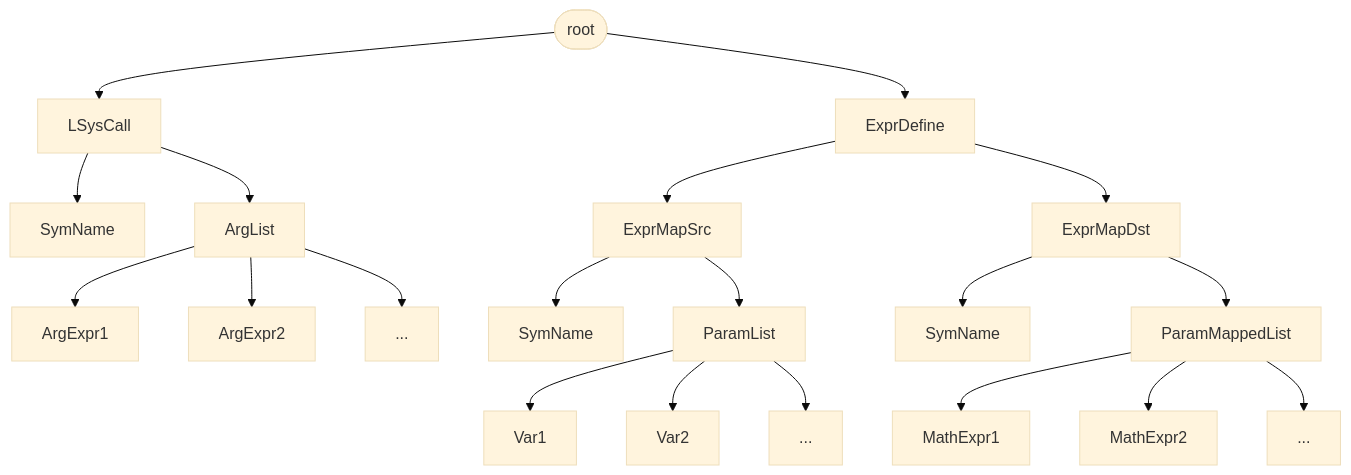
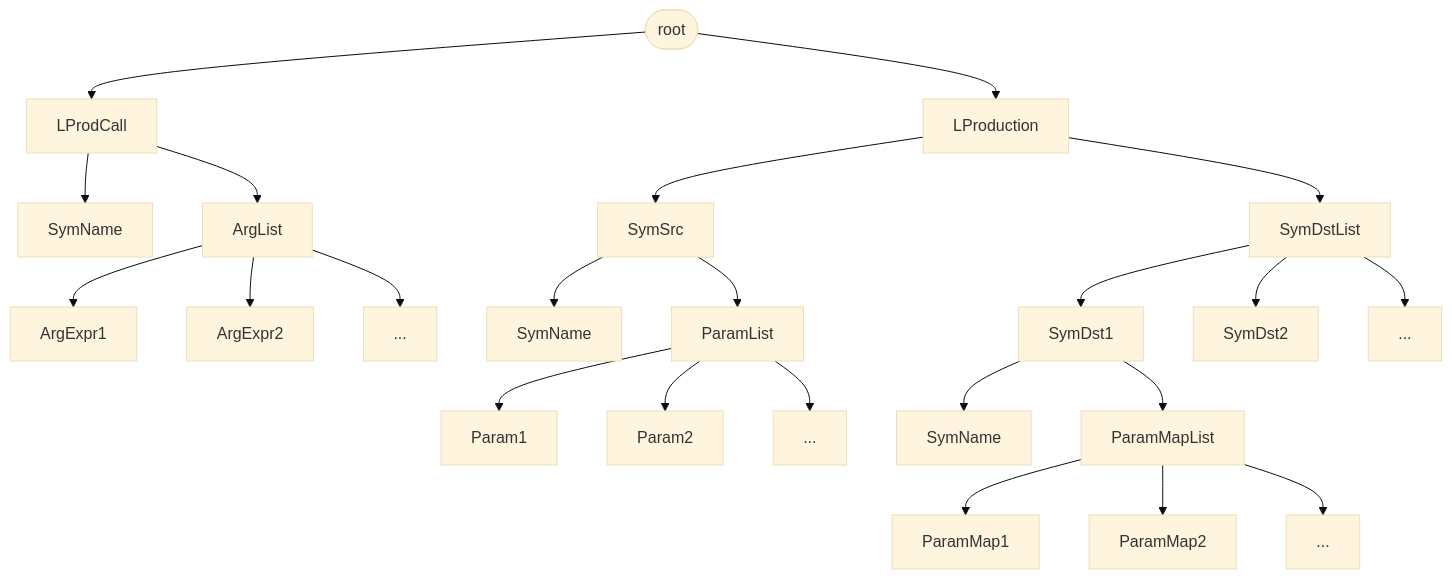
The first of 2 diagrams in Record.md (1309896340/L-System), drawn with Mermaid (base theme) before and after one commit. The commit also changed other lines of this file and 4 other files, not shown here.

````diff
--- a/Record.md
+++ b/Record.md
@@ -221,15 +221,17 @@
 ```mermaid
 graph TB
-T1([root]) --> B2[LSysCall] --> D3[SymName]
+T1([root]) --> B2[LProdCall] --> D3[SymName]
 B2 --> BB[ArgList] --> BB1[ArgExpr1]
 BB --> BB2[ArgExpr2]
 BB --> BB3[...]
-T1 --> A[ExprDefine] --> B[ExprMapSrc] --> D[SymName]
-B --> E[ParamList] --> F1[Var1]
-E --> F2[Var2]
+T1 --> A[LProduction] --> B[SymSrc] --> D[SymName]
+B --> E[ParamList] --> F1[Param1]
+E --> F2[Param2]
 E --> F3[...]
-A --> C[ExprMapDst] --> D2[SymName]
-C --> G[ParamMappedList] --> H1[MathExpr1]
-G --> H2[MathExpr2]
+A --> C[SymDstList] --> DD1[SymDst1] --> D2[SymName]
+C --> DD2[SymDst2]
+C --> DD3[...]
+DD1 --> G[ParamMapList] --> H1[ParamMap1]
+G --> H2[ParamMap2]
 G --> H3[...]
 ```
````
